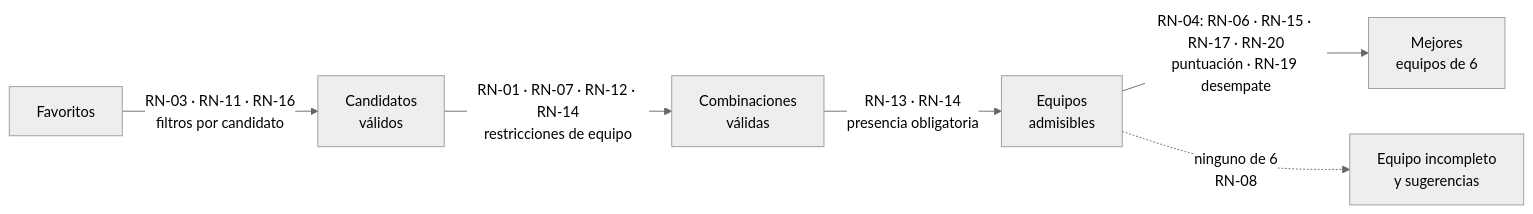
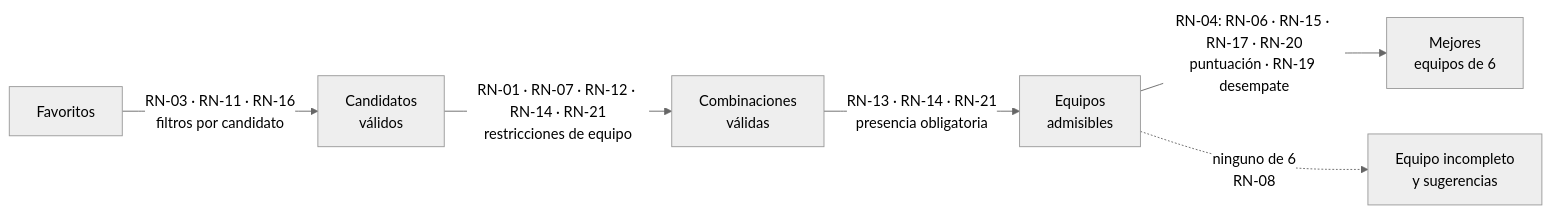
One commit to AlbertoMercado/pokemon-team-builder changed the diagram in docs/01-ddf/reglas-negocio.md. Above: the diagram before and after it, drawn with Mermaid (neutral theme). The commit also changed other lines of this file and 4 other files, not shown here.

````diff
--- a/docs/01-ddf/reglas-negocio.md
+++ b/docs/01-ddf/reglas-negocio.md
@@ -83,8 +86,8 @@
 ```mermaid
 flowchart LR
     F[Favoritos] -- "RN-03 · RN-11 · RN-16<br/>filtros por candidato" --> V[Candidatos<br/>válidos]
-    V -- "RN-01 · RN-07 · RN-12 · RN-14<br/>restricciones de equipo" --> C[Combinaciones<br/>válidas]
-    C -- "RN-13 · RN-14<br/>presencia obligatoria" --> P[Equipos<br/>admisibles]
+    V -- "RN-01 · RN-07 · RN-12 · RN-14 · RN-21<br/>restricciones de equipo" --> C[Combinaciones<br/>válidas]
+    C -- "RN-13 · RN-14 · RN-21<br/>presencia obligatoria" --> P[Equipos<br/>admisibles]
     P -- "RN-04: RN-06 · RN-15 · RN-17 · RN-20<br/>puntuación · RN-19 desempate" --> E[Mejores<br/>equipos de 6]
     P -. "ninguno de 6<br/>RN-08" .-> A[Equipo incompleto<br/>y sugerencias]
 ```
````
